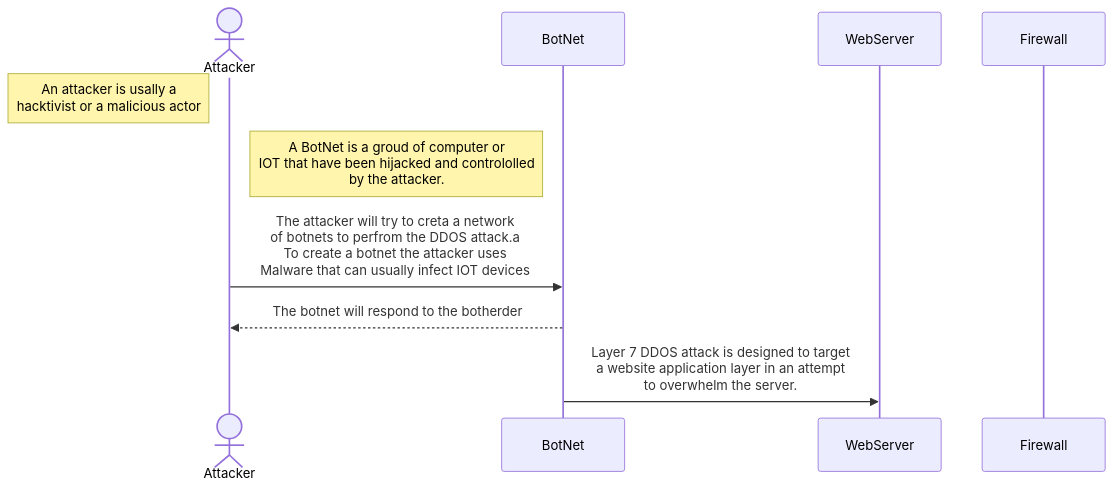
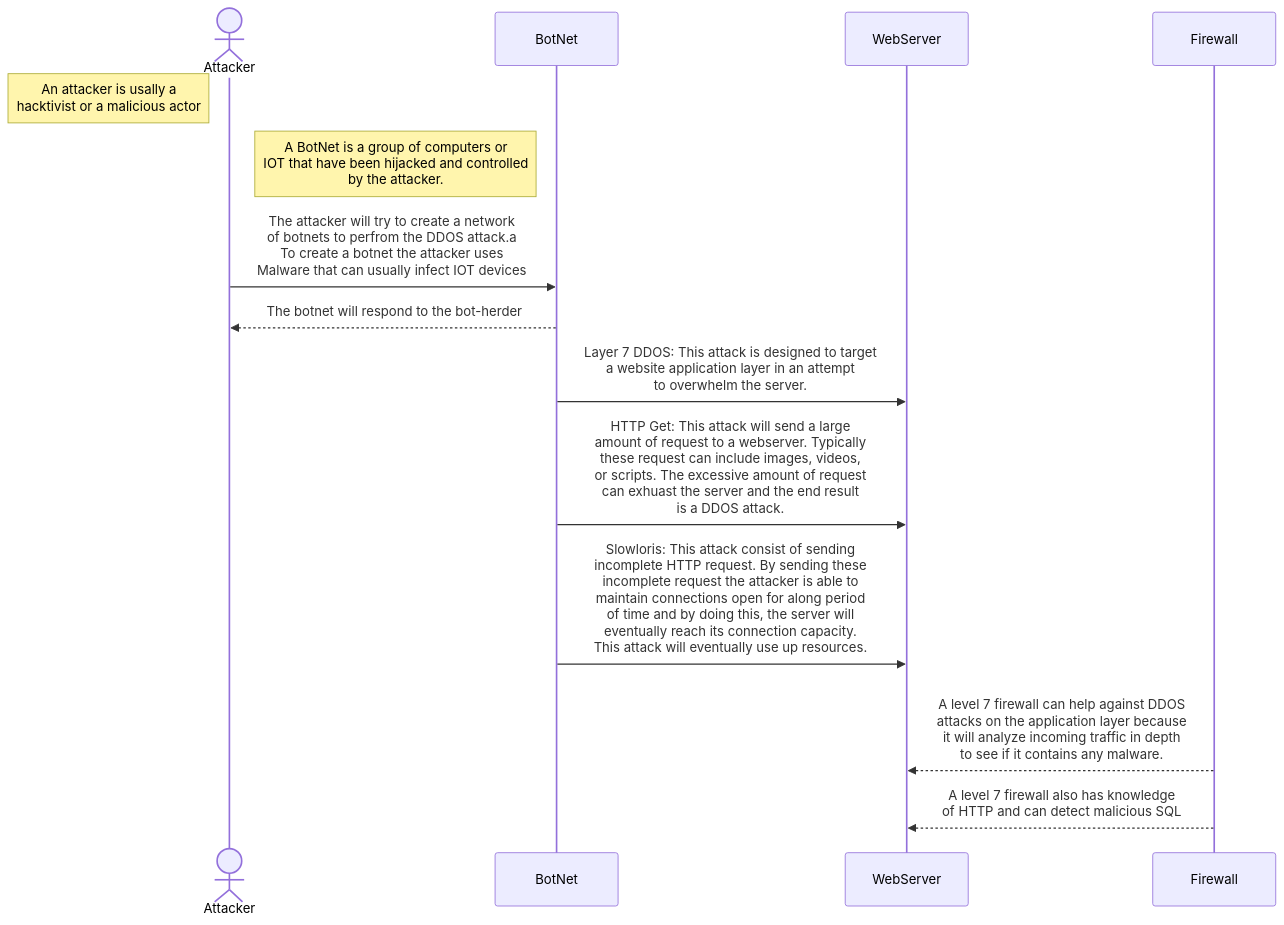
Before and after one commit to cesmasor/cesmasor.github.io: the diagram in DDoS_Attack_Sequence.md, drawn with Mermaid. The commit also changed other lines of this file, not shown here.

Commit message:
Update DDoS_Attack_Sequence.md
updated DDOS

````diff
--- a/DDoS_Attack_Sequence.md
+++ b/DDoS_Attack_Sequence.md
@@ -1,12 +1,18 @@
 ```mermaid
 sequenceDiagram
 actor Attacker
 Note left of Attacker: An attacker is usally a<br/>hacktivist or a malicious actor
-Note left of BotNet: A BotNet is a groud of computer or <br/>IOT that have been hijacked and contrololled<br/> by the attacker.
-Attacker->>BotNet: The attacker will try to creta a network  <br/>of botnets to perfrom the DDOS attack.a<br/>To create a botnet the attacker uses <br/>  Malware that can usually infect IOT devices
-BotNet-->>Attacker: The botnet will respond to the botherder
-BotNet->>WebServer: Layer 7 DDOS attack is designed to target<br/>a website application layer in an attempt<br/>to overwhelm the server.
+Note left of BotNet: A BotNet is a group of computers or <br/>IOT that have been hijacked and controlled<br/> by the attacker.
+Attacker->>BotNet: The attacker will try to create a network  <br/>of botnets to perfrom the DDOS attack.a<br/>To create a botnet the attacker uses <br/>  Malware that can usually infect IOT devices
+BotNet-->>Attacker: The botnet will respond to the bot-herder
 participant BotNet
+BotNet->>WebServer: Layer 7 DDOS: This attack is designed to target<br/>a website application layer in an attempt<br/>to overwhelm the server.
+BotNet->>WebServer: HTTP Get: This attack will send a large<br/>amount of request to a webserver. Typically<br/>these request can include images, videos,<br/>or scripts. The excessive amount of request<br/>can exhuast the server and the end result<br/>is a DDOS attack.
+BotNet->>WebServer: Slowloris: This attack consist of sending<br/>incomplete HTTP request. By sending these<br/>incomplete request the attacker is able to <br/>maintain connections open for along period<br/>of time and by doing this, the server will<br/>eventually reach its connection capacity.<br/>This attack will eventually use up resources.
 participant WebServer
+rect rgba(255,255,255) 
 participant Firewall
+Firewall-->>WebServer: A level 7 firewall can help against DDOS <br/>attacks on the application layer because<br/>it will analyze incoming traffic in depth<br/>to see if it contains any malware.
+Firewall-->>WebServer: A level 7 firewall also has knowledge<br/>of HTTP and can detect malicious SQL
+end
 ```
````
